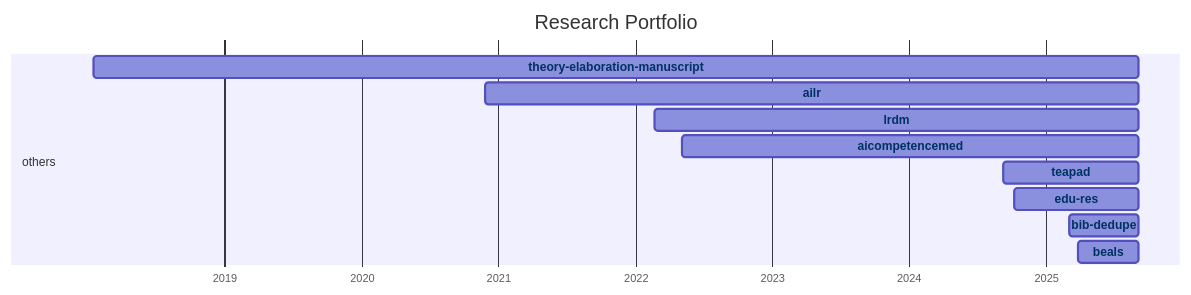
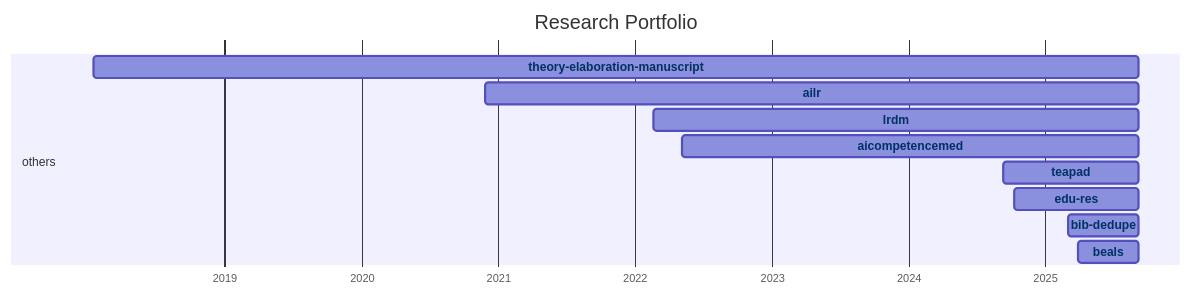
Before and after one commit to digital-work-lab/handbook: the diagram in docs/20-research/25-projects-gantt.md, drawn with Mermaid.

Commit message:
Update repository overview

````diff
--- a/docs/20-research/25-projects-gantt.md
+++ b/docs/20-research/25-projects-gantt.md
@@ -8,35 +8,35 @@
 ```mermaid
 ---
 displayMode: compact
 ---
 gantt
 title Research Portfolio
 dateFormat YYYY-MM-DD
 axisFormat %Y
 
     section work_practices
 
     section distributed_organizing
 
     section knowledge_synthesis
 
     section others
-        beals :beals, 2025-03-28, 2025-09-06
-        bib-dedupe :bib-dedupe, 2025-03-04, 2025-09-06
-        edu-res :edu-res, 2024-10-10, 2025-09-06
-        teapad :teapad, 2024-09-10, 2025-09-06
-        aicompetencemed :aicompetencemed, 2022-05-06, 2025-09-06
-        lrdm :lrdm, 2022-02-20, 2025-09-06
-        ailr :ailr, 2020-11-26, 2025-09-06
-        theory-elaboration-manuscript :theory-elaboration-manuscript, 2018-01-15, 2025-09-06
+        beals :beals, 2025-03-28, 2025-09-07
+        bib-dedupe :bib-dedupe, 2025-03-04, 2025-09-07
+        edu-res :edu-res, 2024-10-10, 2025-09-07
+        teapad :teapad, 2024-09-10, 2025-09-07
+        aicompetencemed :aicompetencemed, 2022-05-06, 2025-09-07
+        lrdm :lrdm, 2022-02-20, 2025-09-07
+        ailr :ailr, 2020-11-26, 2025-09-07
+        theory-elaboration-manuscript :theory-elaboration-manuscript, 2018-01-15, 2025-09-07
 
 
     click beals href "{{ site.baseurl }}/docs/10-lab/18-resources/beals.html"
     click bib-dedupe href "{{ site.baseurl }}/docs/10-lab/18-resources/bib-dedupe.html"
     click edu-res href "{{ site.baseurl }}/docs/10-lab/18-resources/edu-res.html"
     click teapad href "{{ site.baseurl }}/docs/10-lab/18-resources/teapad.html"
     click aicompetencemed href "{{ site.baseurl }}/docs/10-lab/18-resources/aicompetencemed.html"
     click lrdm href "{{ site.baseurl }}/docs/10-lab/18-resources/lrdm.html"
     click ailr href "{{ site.baseurl }}/docs/10-lab/18-resources/ailr.html"
     click theory-elaboration-manuscript href "{{ site.baseurl }}/docs/10-lab/18-resources/theory-elaboration-manuscript.html"
 ```
````
